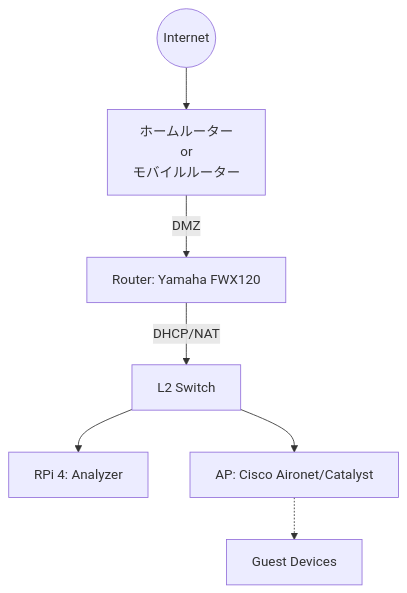
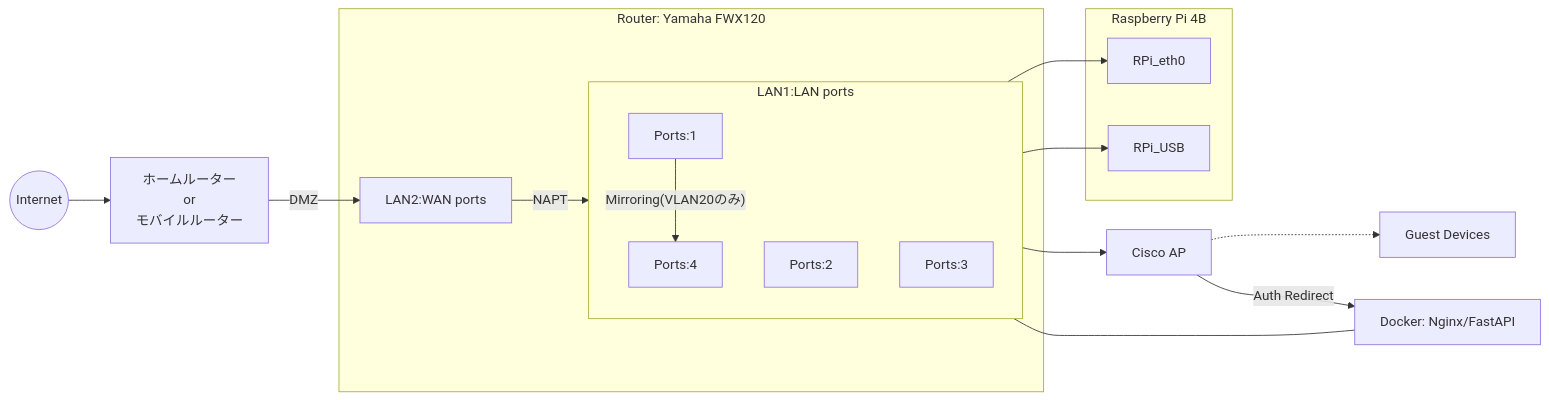
Before and after one commit to noah-devtech/eth-river-project: the diagram in docs/INFRASTRUCTURE.md, drawn with Mermaid. The commit also changed other lines of this file, not shown here.

Commit message:
docs: トポロジー図を更新し、VLAN設定とWi-Fi構成の詳細を追加

````diff
--- a/docs/INFRASTRUCTURE.md
+++ b/docs/INFRASTRUCTURE.md
@@ -5,9 +5,33 @@
 ```mermaid
-graph TD
+graph LR
+    subgraph FWX120 [Router: Yamaha FWX120]
+      LAN2[LAN2:WAN ports]
+      subgraph LAN1[LAN1:LAN ports]
+        direction TB
+        LAN1_1[Ports:1]
+        LAN1_2[Ports:2]
+        LAN1_3[Ports:3]
+        LAN1_4[Ports:4]
+      end
+    end
+    subgraph RPi[Raspberry Pi 4B]
+      RPi_eth0
+      RPi_USB
+    end
     Internet((Internet)) --> Router[ホームルーター <br> or <br> モバイルルーター]
-    Router -- DMZ --> FWX120[Router: Yamaha FWX120]
-    FWX120 -- DHCP/NAT --> L2Switch[L2 Switch]
-    L2Switch --> RPi_Master[RPi 4: Analyzer]
-    L2Switch --> CiscoAP[AP: Cisco Aironet/Catalyst]
+    Router -- DMZ --> LAN2
+    LAN2 -- NAPT --> LAN1
+    LAN1_3 --> RPi_eth0
+    LAN1_4 --> RPi_USB
+    LAN1_1 --> CiscoAP[AP: Cisco Aironet/Catalyst]
+    LAN1_1 -- Mirroring(VLAN20のみ) --> LAN1_4
+    
+    %% Clients
     CiscoAP -.-> Smartphones[Guest Devices]
+
+    %% External Captive Portal
+    LAN1_2 --- CP_Server[External Server]
+    
+    %% flow for Auth
+    CiscoAP[Cisco AP] -- Auth Redirect --> CP_Server[Docker: Nginx/FastAPI]
 ```
````
